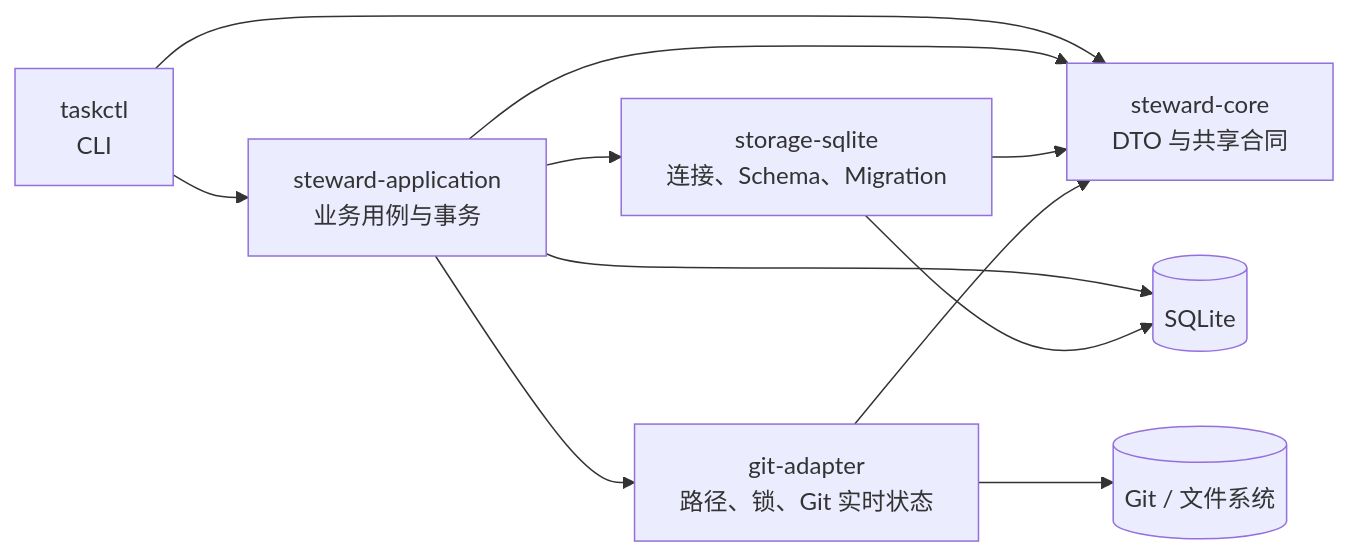
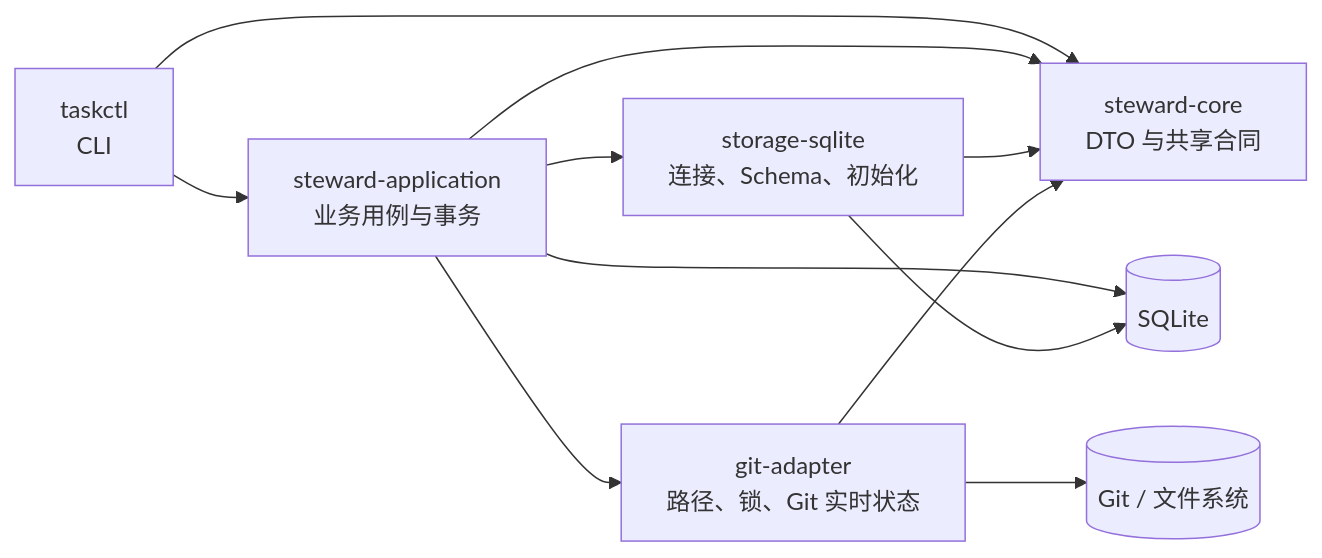
One commit to cecil-su/agent-steward changed the diagram in CODEMAP.md. Above: the diagram before and after it, drawn with Mermaid. The commit also changed other lines of this file and 22 other files, not shown here.

````diff
--- a/CODEMAP.md
+++ b/CODEMAP.md
@@ -17,21 +17,21 @@
 ```mermaid
 flowchart LR
     CLI["taskctl<br/>CLI"]
     APP["steward-application<br/>业务用例与事务"]
     CORE["steward-core<br/>DTO 与共享合同"]
-    DB["storage-sqlite<br/>连接、Schema、Migration"]
+    DB["storage-sqlite<br/>连接、Schema、初始化"]
     GIT["git-adapter<br/>路径、锁、Git 实时状态"]
     SQLITE[(SQLite)]
     WORKTREE[(Git / 文件系统)]
 
     CLI --> APP
     CLI --> CORE
     APP --> CORE
     APP --> DB
     APP --> GIT
     DB --> CORE
     GIT --> CORE
     APP --> SQLITE
     DB --> SQLITE
     GIT --> WORKTREE
 ```
````
